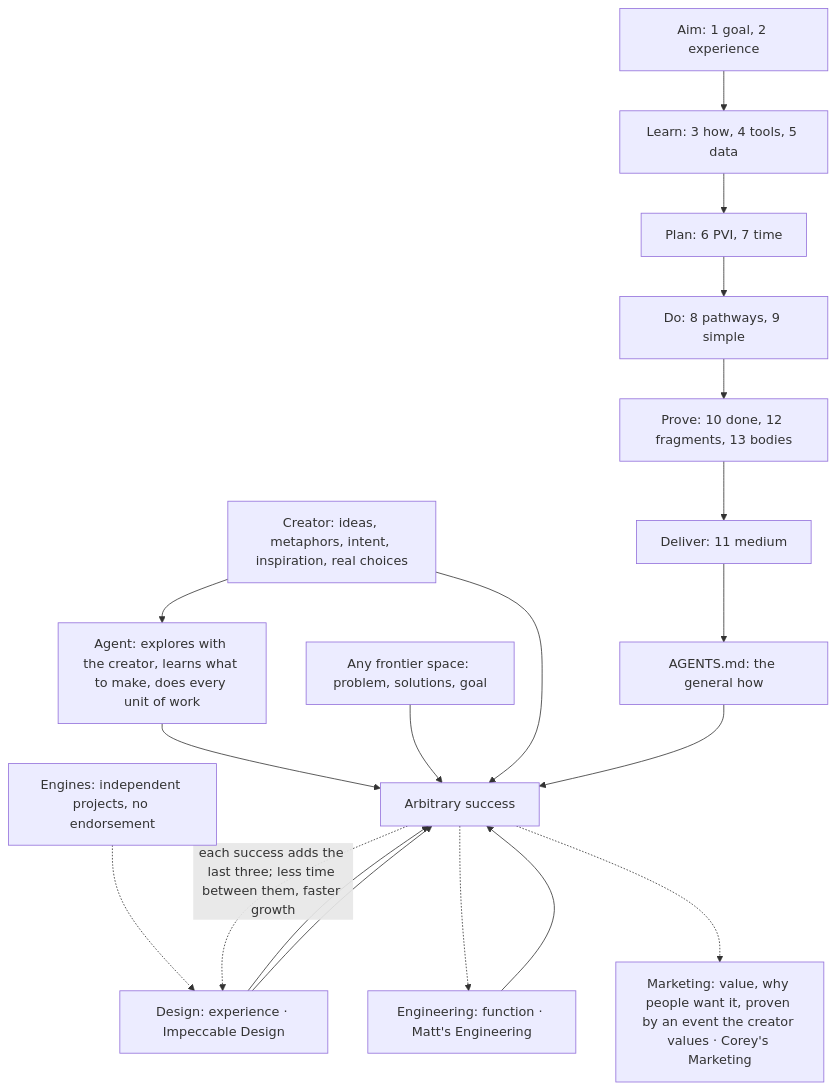
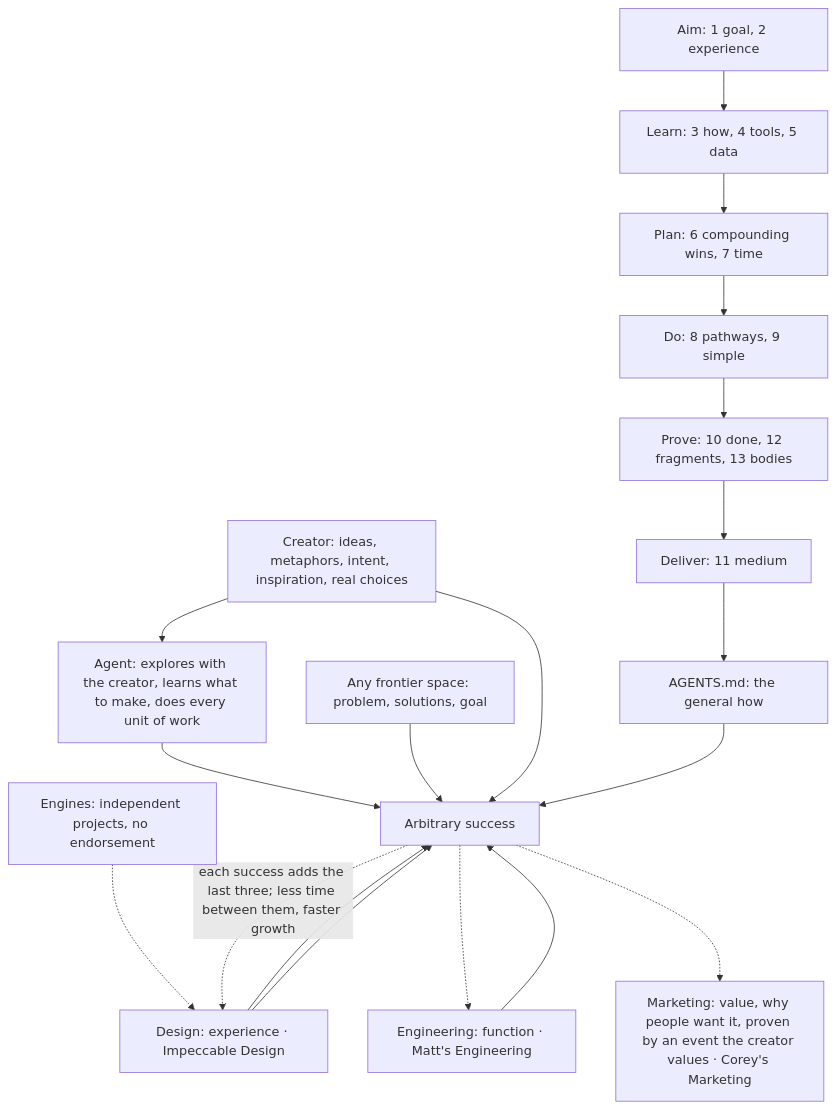
Before and after one commit to SolenixAI/arbiter: the first of 14 diagrams in AGENTS.md, drawn with Mermaid. The commit also changed other lines of this file and 1 other file, not shown here.

First line of the commit message:
docs(agents): section 6 is Compounding wins, the three-body ratchet (#18)

````diff
--- a/AGENTS.md
+++ b/AGENTS.md
@@ -43,16 +44,16 @@
 ```mermaid
 flowchart TD
-  A[Aim: 1 goal, 2 experience] --> L[Learn: 3 how, 4 tools, 5 data] --> P[Plan: 6 PVI, 7 time] --> D[Do: 8 pathways, 9 simple] --> V[Prove: 10 done, 12 fragments, 13 bodies] --> O[Deliver: 11 medium] --> F[AGENTS.md: the general how]
+  A[Aim: 1 goal, 2 experience] --> L[Learn: 3 how, 4 tools, 5 data] --> P[Plan: 6 compounding wins, 7 time] --> D[Do: 8 pathways, 9 simple] --> V[Prove: 10 done, 12 fragments, 13 bodies] --> O[Deliver: 11 medium] --> F[AGENTS.md: the general how]
   CR[Creator: ideas, metaphors, intent, inspiration, real choices] --> AG[Agent: explores with the creator, learns what to make, does every unit of work]
   AG --> S[Arbitrary success]
   FS["Any frontier space: problem, solutions, goal"] --> S
   CR --> S
   F --> S
   DS[Design: experience · Impeccable Design] --> S
   EG[Engineering: function · Matt's Engineering] --> S
   SL[Marketing: value, why people want it, proven by an event the creator values · Corey's Marketing]
   EN[Engines: independent projects, no endorsement] -.-> DS --> S
   S -.->|"each success adds the last three; less time between them, faster growth"| DS
   S -.-> EG
   S -.-> SL
 ```
````
